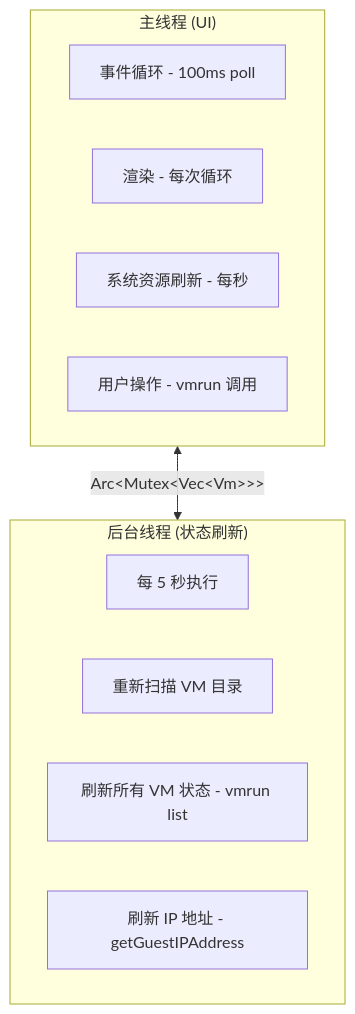
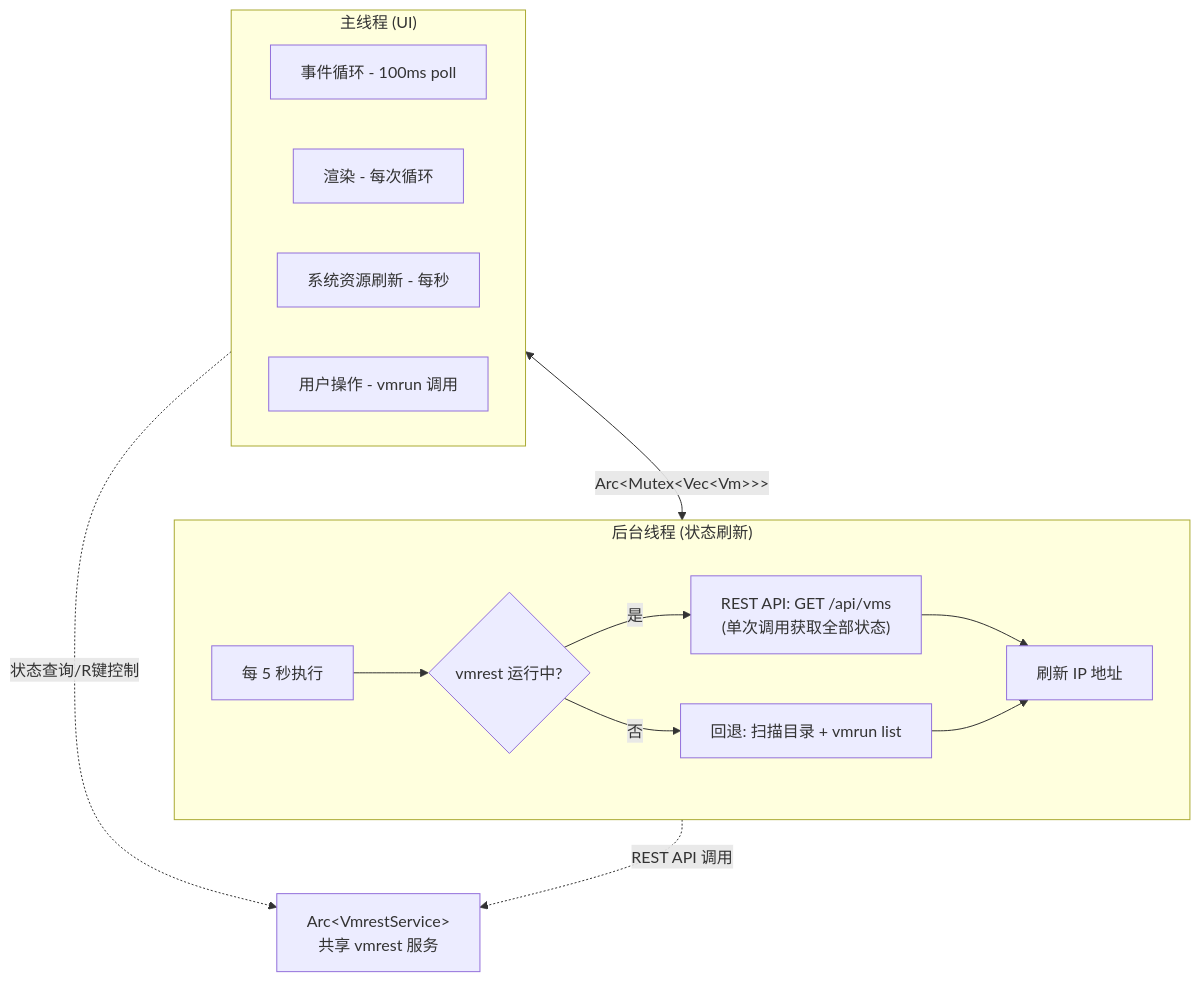
One commit to F-86/vmctl-rust changed the seventh of 7 diagrams in docs/technical-guide.md. Above: the diagram before and after it, drawn with Mermaid. The commit also changed other lines of this file and 4 other files, not shown here.

First line of the commit message:
feat: vmrest 运行时用 REST API 替代 vmrun 状态查询，自动启动 vmrest

````diff
--- a/docs/technical-guide.md
+++ b/docs/technical-guide.md
@@ -952,18 +1002,27 @@
 ```mermaid
 flowchart TB
     subgraph MainThread["主线程 (UI)"]
         M1[事件循环 - 100ms poll]
         M2[渲染 - 每次循环]
         M3[系统资源刷新 - 每秒]
         M4[用户操作 - vmrun 调用]
     end
 
     subgraph BgThread["后台线程 (状态刷新)"]
         B1[每 5 秒执行]
-        B2[重新扫描 VM 目录]
-        B3[刷新所有 VM 状态 - vmrun list]
-        B4[刷新 IP 地址 - getGuestIPAddress]
+        B2{vmrest 运行中?}
+        B3["REST API: GET /api/vms<br/>(单次调用获取全部状态)"]
+        B4[回退: 扫描目录 + vmrun list]
+        B5[刷新 IP 地址]
+        B1 --> B2
+        B2 -->|是| B3
+        B2 -->|否| B4
+        B3 --> B5
+        B4 --> B5
     end
 
+    VmrestSvc["Arc&lt;VmrestService&gt;<br/>共享 vmrest 服务"]
     MainThread <-->|"Arc&lt;Mutex&lt;Vec&lt;Vm&gt;&gt;&gt;"| BgThread
+    MainThread -.->|"状态查询/R键控制"| VmrestSvc
+    BgThread -.->|"REST API 调用"| VmrestSvc
 ```
````
